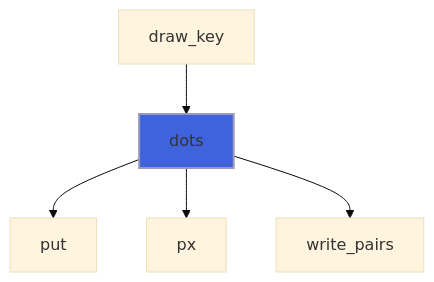
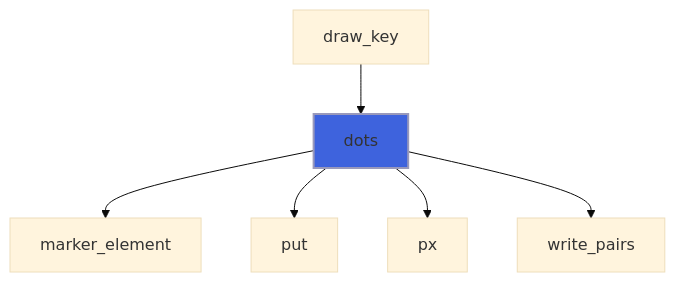
One commit to szaghi/foresight changed diagram 11 of 30 in docs/api/src/lib/foresight_backend_svg.md. Above: the diagram before and after it, drawn with Mermaid (base theme). The commit also changed other lines of this file and 97 other files, not shown here.

````diff
--- a/docs/api/src/lib/foresight_backend_svg.md
+++ b/docs/api/src/lib/foresight_backend_svg.md
@@ -359,8 +373,9 @@
 ```mermaid
 flowchart TD
   draw_key["draw_key"] --> dots["dots"]
+  dots["dots"] --> marker_element["marker_element"]
   dots["dots"] --> put["put"]
   dots["dots"] --> px["px"]
   dots["dots"] --> write_pairs["write_pairs"]
   style dots fill:#3e63dd,stroke:#99b,stroke-width:2px
 ```
````
